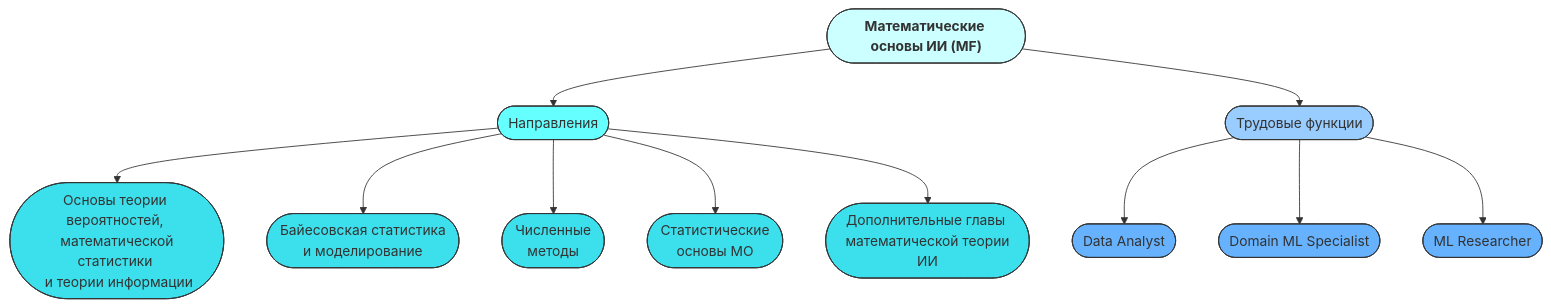
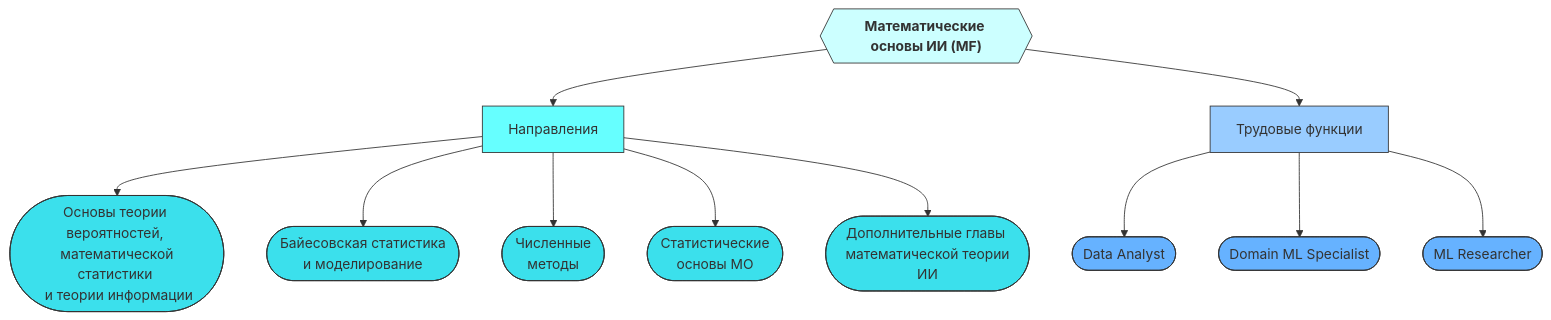
The first of 3 diagrams in README.md (aimclub/ai-competency-model), drawn with Mermaid before and after one commit. The commit also changed other lines of this file, not shown here.

````diff
--- a/README.md
+++ b/README.md
@@ -3,30 +3,30 @@
 ```mermaid
 graph TD;
 classDef areaMathStyle fill:#CCFFFF,stroke:#333,stroke-width:1px
 classDef areasMath fill:#66FFFF,stroke:#333,stroke-width:1px
-classDef jobsMath fill:#99CCFF,stroke:#333,stroke-width:1px
+classDef jobMath fill:#99CCFF,stroke:#333,stroke-width:1px
 classDef aspectMathStyle fill:#3BE0EC,stroke:#333,stroke-width:1px
-classDef jobsMathStyle fill:#66B2FF,stroke:#333,stroke-width:1px
+classDef jobMathStyle fill:#66B2FF,stroke:#333,stroke-width:1px
 
-AreaMath(["`**Математические основы ИИ (MF)**`"]):::areaMathStyle -->apectsMath(["Направления"]):::areasMath
+AreaMath{{"`**Математические основы ИИ (MF)**`"}}:::areaMathStyle -->apectsMath["Направления"]:::areasMath
 apectsMath -->aspectProbabilityStatistics(["Основы теории вероятностей, <br> математической статистики <br> и теории информации"]):::aspectMathStyle
 apectsMath -->aspectBayesStatistics(["Байесовская статистика <br> и моделирование"]):::aspectMathStyle
 apectsMath -->aspectNumericMethods(["Численные <br> методы"]):::aspectMathStyle
 apectsMath -->aspectMLStatistics(["Статистические <br> основы МО"]):::aspectMathStyle
 apectsMath -->aspectAdditionalAIMath(["Дополнительные главы <br> математической теории ИИ"]):::aspectMathStyle
 
-AreaMath -->jobsMath(["Трудовые функции"]):::jobsMath
-jobsMath -->MathJobsDataAnalyst(["Data Analyst"]):::jobsMathStyle
-jobsMath -->MathJobsDomainMLSpecialist(["Domain ML Specialist"]):::jobsMathStyle
-jobsMath -->MathJobsMLResearcher(["ML Researcher"]):::jobsMathStyle
+AreaMath -->jobsMath["Трудовые функции"]:::jobMath
+jobsMath -->MathJobDataAnalyst(["Data Analyst"]):::jobMathStyle
+jobsMath -->MathJobDomainMLSpecialist(["Domain ML Specialist"]):::jobMathStyle
+jobsMath -->MathJobMLResearcher(["ML Researcher"]):::jobMathStyle
 
 click aspectProbabilityStatistics "https://github.com/VoidSubjucator/Competence-Bank/blob/main/Math/AIMathBasics/aspectProbabilityStatistics.md"
 click aspectBayesStatistics "https://github.com/VoidSubjucator/Competence-Bank/blob/main/Math/AIMathBasics/aspectBayesStatistics.md"
 click aspectNumericMethods "https://github.com/VoidSubjucator/Competence-Bank/blob/main/Math/AIMathBasics/aspectNumericMethods.md"
 click aspectMLStatistics "https://github.com/VoidSubjucator/Competence-Bank/blob/main/Math/AIMathBasics/aspectMLStatistics.md"
 click aspectAdditionalAIMath "https://github.com/VoidSubjucator/Competence-Bank/blob/main/Math/AIMathBasics/aspectAdditionalAIMath.md"
 
-click MathJobsDataAnalyst "https://github.com/VoidSubjucator/Competence-Bank/blob/main/Math/AIMathBasics/jobDataAnalyst.md" _blank
-click MathJobsDomainMLSpecialist "https://github.com/VoidSubjucator/Competence-Bank/blob/main/Math/AIMathBasics/jobDomainMLSpecialist.md" _blank
-click MathJobsMLResearcher "https://github.com/VoidSubjucator/Competence-Bank/blob/main/Math/AIMathBasics/jobMLResearcher.md" _blank
+click MathJobDataAnalyst "https://github.com/VoidSubjucator/Competence-Bank/blob/main/Jobs/jobDataAnalyst.md" _blank
+click MathJobDomainMLSpecialist "https://github.com/VoidSubjucator/Competence-Bank/blob/main/Jobs/jobDomainMLSpecialist.md" _blank
+click MathJobMLResearcher "https://github.com/VoidSubjucator/Competence-Bank/blob/main/Jobs/jobMLResearcher.md" _blank
 ```
````
